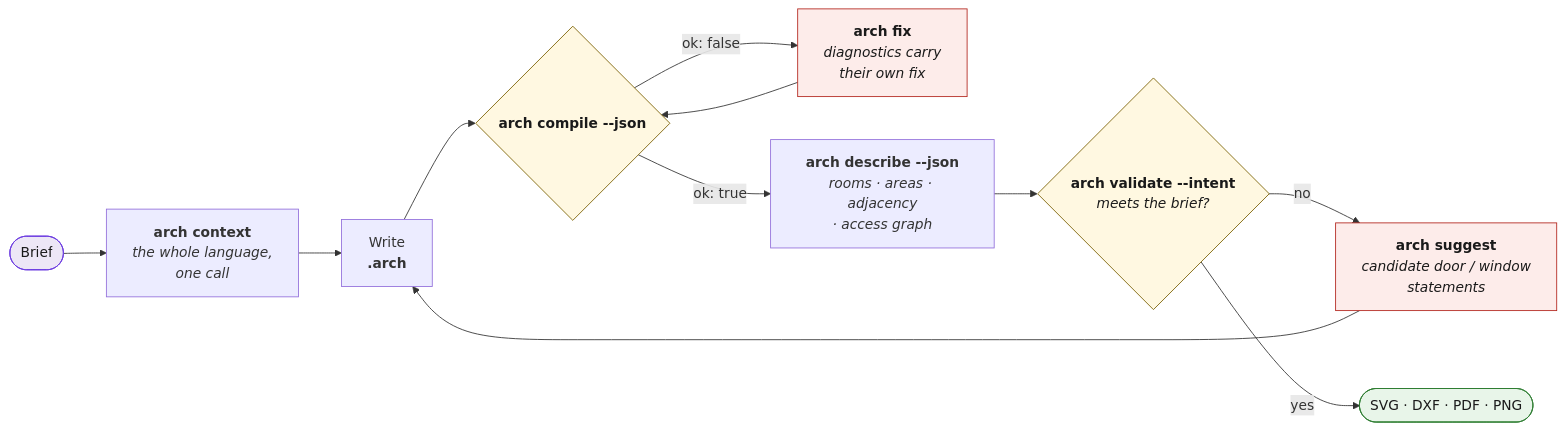
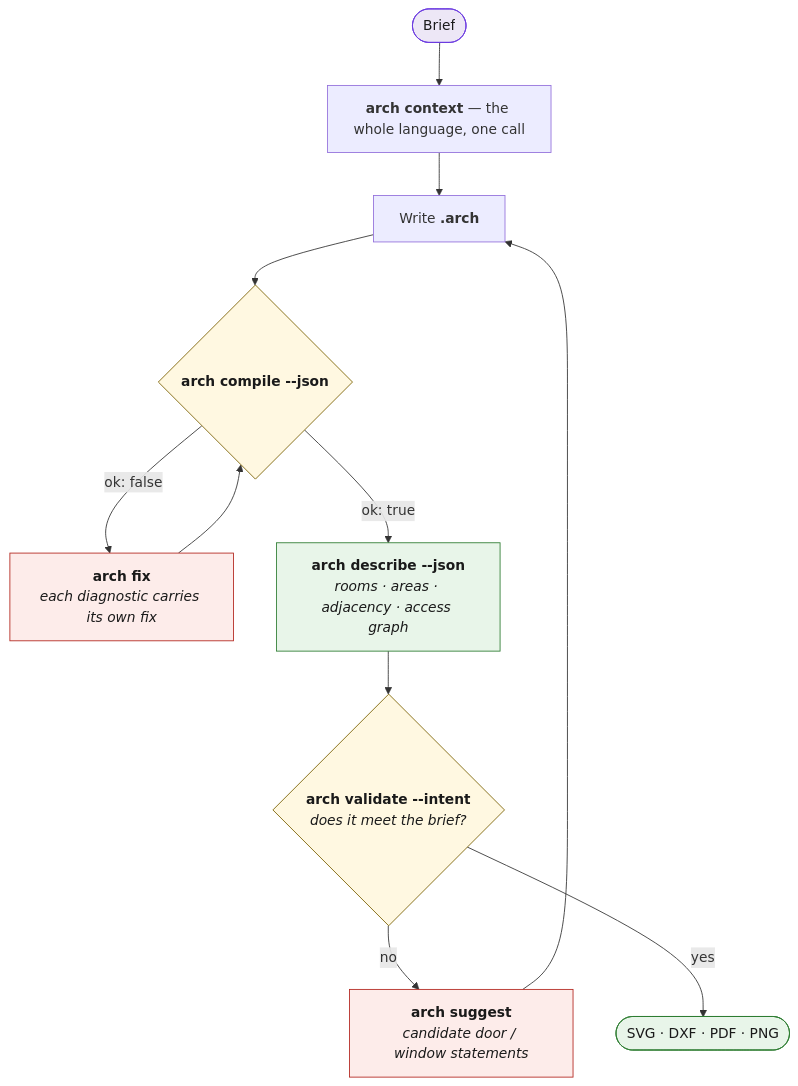
The first of 2 diagrams in README.md (ChanMeng666/archlang), drawn with Mermaid before and after one commit. The commit also changed other lines of this file, not shown here.

Commit message:
docs(readme): make the agent-loop diagram fit the README column
Rendering the real GitHub page (not the /markdown API) showed the LR agent-loop
diagram at 1688px was clipped inside GitHub's mermaid viewer — readable only by
panning. Top-down instead: 1688px -> 902px, so it fits the ~1000px column.

````diff
--- a/README.md
+++ b/README.md
@@ -122,20 +122,21 @@
 ```mermaid
-flowchart LR
-    B([Brief]) --> S["<b>arch context</b><br/><i>the whole language,<br/>one call</i>"]
-    S --> W["Write<br/><b>.arch</b>"]
+flowchart TD
+    B([Brief]) --> S["<b>arch context</b> — the whole language, one call"]
+    S --> W["Write <b>.arch</b>"]
     W --> C{"<b>arch compile --json</b>"}
-    C -->|"ok: false"| F["<b>arch fix</b><br/><i>diagnostics carry<br/>their own fix</i>"]
+    C -->|"ok: false"| F["<b>arch fix</b><br/><i>each diagnostic carries its own fix</i>"]
     F --> C
-    C -->|"ok: true"| D["<b>arch describe --json</b><br/><i>rooms · areas · adjacency<br/>· access graph</i>"]
-    D --> V{"<b>arch validate --intent</b><br/><i>meets the brief?</i>"}
-    V -->|no| G["<b>arch suggest</b><br/><i>candidate door / window<br/>statements</i>"]
+    C -->|"ok: true"| D["<b>arch describe --json</b><br/><i>rooms · areas · adjacency · access graph</i>"]
+    D --> V{"<b>arch validate --intent</b><br/><i>does it meet the brief?</i>"}
+    V -->|"no"| G["<b>arch suggest</b><br/><i>candidate door / window statements</i>"]
     G --> W
-    V -->|yes| O([SVG · DXF · PDF · PNG])
+    V -->|"yes"| O([SVG · DXF · PDF · PNG])
 
     style B fill:#ede7f6,stroke:#6b3ae0,color:#1a1a1a
     style O fill:#e8f5e9,stroke:#2e7d32,color:#1a1a1a
     style C fill:#fff8e1,stroke:#7a6000,color:#1a1a1a
     style V fill:#fff8e1,stroke:#7a6000,color:#1a1a1a
+    style D fill:#e8f5e9,stroke:#2e7d32,color:#1a1a1a
     style F fill:#fdecea,stroke:#b3261e,color:#1a1a1a
     style G fill:#fdecea,stroke:#b3261e,color:#1a1a1a
 ```
````
